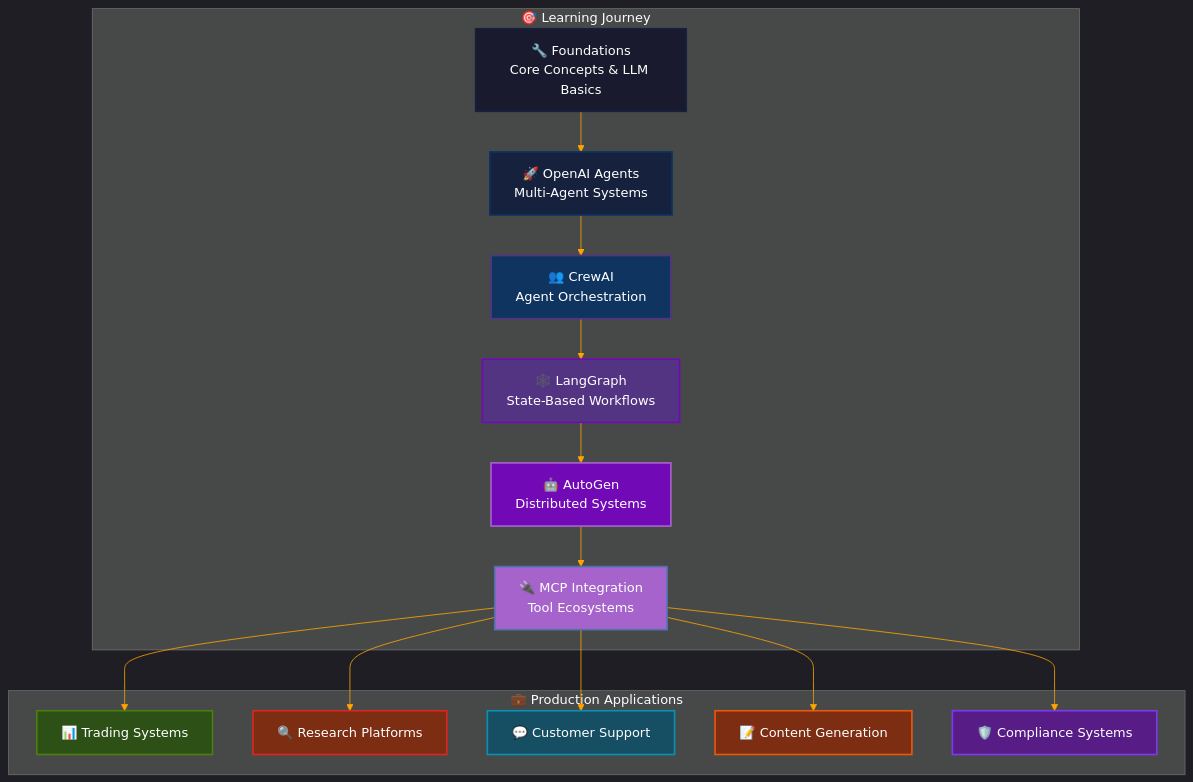
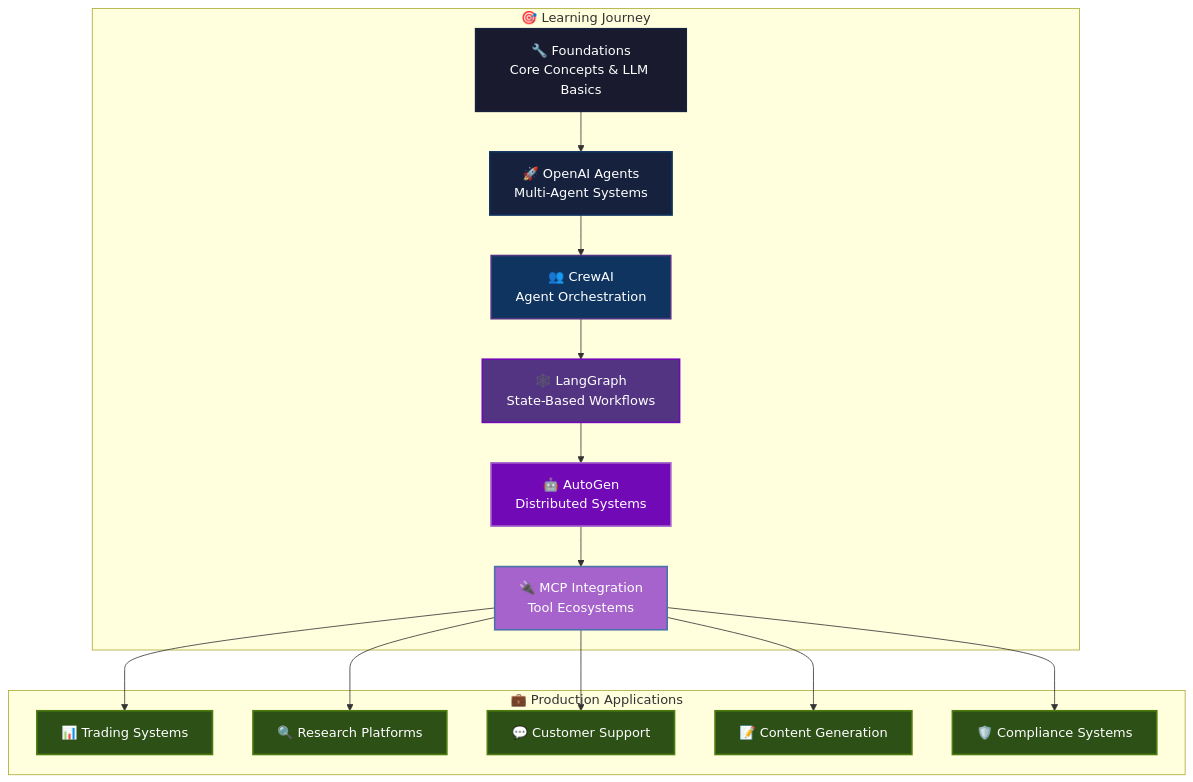
One commit to Jai-Keshav-Sharma/Agentic-AI-Frameworks changed the first of 5 diagrams in README.md. Above: the diagram before and after it, drawn with Mermaid. The commit also changed other lines of this file and 1 other file, not shown here.

````diff
--- a/README.md
+++ b/README.md
@@ -21,37 +21,40 @@
 ```mermaid
-%%{init: {'theme':'dark','themeVariables': {'primaryColor': '#ff6b6b', 'primaryTextColor': '#fff', 'primaryBorderColor': '#ff6b6b', 'lineColor': '#ffa500', 'sectionBkColor': '#1e1e1e', 'altSectionBkColor': '#2d2d2d', 'gridColor': '#404040', 'textColor': '#ffffff', 'taskBkColor': '#404040', 'taskTextColor': '#ffffff', 'taskTextLightColor': '#ffffff', 'taskTextOutsideColor': '#ffffff', 'taskTextClickableColor': '#003163', 'activeTaskBkColor': '#ff6b6b', 'activeTaskBorderColor': '#ff6b6b', 'gridColor': '#404040', 'section0': '#2d2d2d', 'section1': '#3d3d3d', 'section2': '#4d4d4d', 'section3': '#5d5d5d'}}}%%
 graph TB
     subgraph "🎯 Learning Journey"
         A[🔧 Foundations<br/>Core Concepts & LLM Basics] --> B[🚀 OpenAI Agents<br/>Multi-Agent Systems]
         B --> C[👥 CrewAI<br/>Agent Orchestration]
         C --> D[🕸️ LangGraph<br/>State-Based Workflows]
         D --> E[🤖 AutoGen<br/>Distributed Systems]
         E --> F[🔌 MCP Integration<br/>Tool Ecosystems]
     end
     
     subgraph "💼 Production Applications"
         G[📊 Trading Systems]
         H[🔍 Research Platforms]
         I[💬 Customer Support]
         J[📝 Content Generation]
         K[🛡️ Compliance Systems]
     end
     
     F --> G
     F --> H
     F --> I
     F --> J
     F --> K
     
-    style A fill:#1a1a2e,stroke:#16213e,stroke-width:2px,color:#ffffff
-    style B fill:#16213e,stroke:#0f3460,stroke-width:2px,color:#ffffff
-    style C fill:#0f3460,stroke:#533483,stroke-width:2px,color:#ffffff
-    style D fill:#533483,stroke:#7209b7,stroke-width:2px,color:#ffffff
-    style E fill:#7209b7,stroke:#a663cc,stroke-width:2px,color:#ffffff
-    style F fill:#a663cc,stroke:#4d72aa,stroke-width:2px,color:#ffffff
-    style G fill:#2d5016,stroke:#4d7c0f,stroke-width:2px,color:#ffffff
-    style H fill:#7c2d12,stroke:#dc2626,stroke-width:2px,color:#ffffff
-    style I fill:#164e63,stroke:#0891b2,stroke-width:2px,color:#ffffff
-    style J fill:#7c2d12,stroke:#ea580c,stroke-width:2px,color:#ffffff
-    style K fill:#581c87,stroke:#7c3aed,stroke-width:2px,color:#ffffff
+    classDef foundations fill:#1a1a2e,stroke:#16213e,stroke-width:2px,color:#ffffff
+    classDef openai fill:#16213e,stroke:#0f3460,stroke-width:2px,color:#ffffff
+    classDef crew fill:#0f3460,stroke:#533483,stroke-width:2px,color:#ffffff
+    classDef langgraph fill:#533483,stroke:#7209b7,stroke-width:2px,color:#ffffff
+    classDef autogen fill:#7209b7,stroke:#a663cc,stroke-width:2px,color:#ffffff
+    classDef mcp fill:#a663cc,stroke:#4d72aa,stroke-width:2px,color:#ffffff
+    classDef apps fill:#2d5016,stroke:#4d7c0f,stroke-width:2px,color:#ffffff
+    
+    class A foundations
+    class B openai
+    class C crew
+    class D langgraph
+    class E autogen
+    class F mcp
+    class G,H,I,J,K apps
 ```
````
